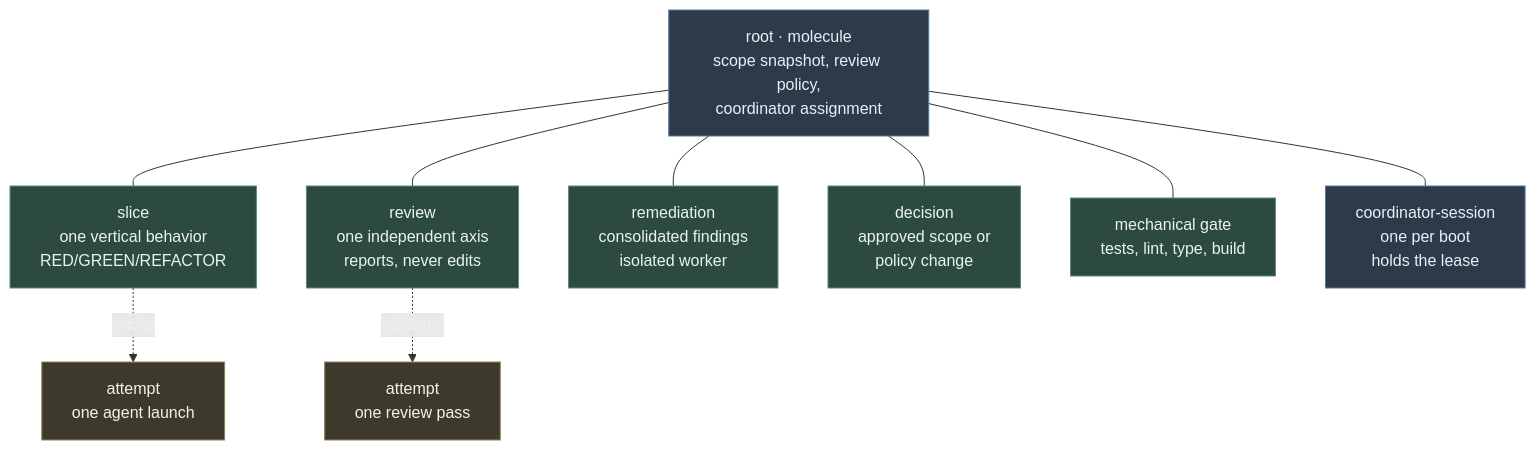
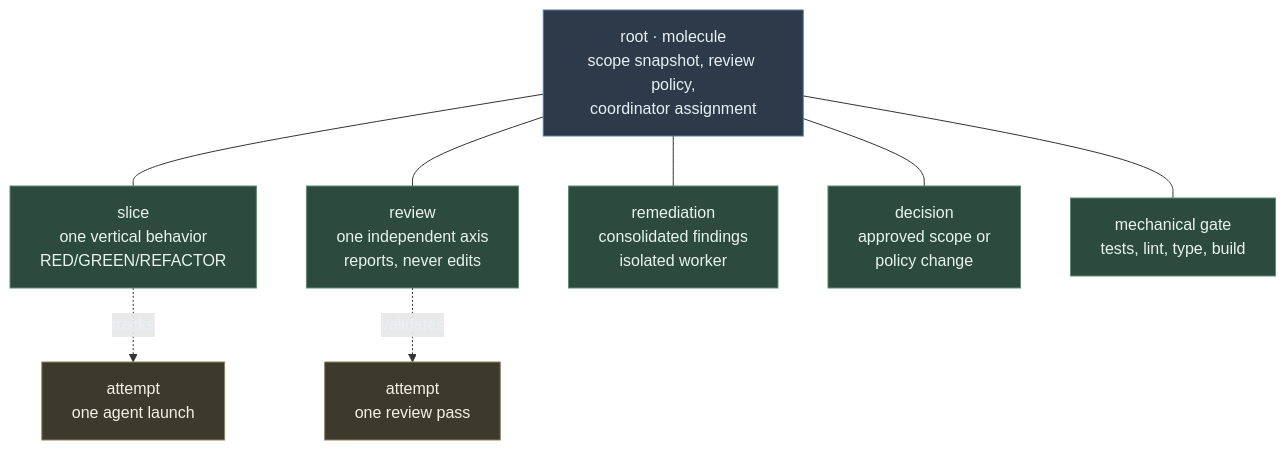
Before and after one commit to mtomcal/dotfiles: the first of 9 diagrams in shared/skills/create-engineering-plan/WORKFLOW-SHAPES.md, drawn with Mermaid. The commit also changed other lines of this file and 18 other files, not shown here.

````diff
--- a/shared/skills/create-engineering-plan/WORKFLOW-SHAPES.md
+++ b/shared/skills/create-engineering-plan/WORKFLOW-SHAPES.md
@@ -14,21 +14,19 @@
 ```mermaid
 graph TD
     ROOT["root · molecule<br/>scope snapshot, review policy,<br/>coordinator assignment"]
 
     ROOT --- S["slice<br/>one vertical behavior<br/>RED/GREEN/REFACTOR"]
     ROOT --- RV["review<br/>one independent axis<br/>reports, never edits"]
     ROOT --- RM["remediation<br/>consolidated findings<br/>isolated worker"]
     ROOT --- D["decision<br/>approved scope or<br/>policy change"]
     ROOT --- MG["mechanical gate<br/>tests, lint, type, build"]
-    ROOT --- CS["coordinator-session<br/>one per boot<br/>holds the lease"]
-
     S -.tracks.-> A1["attempt<br/>one agent launch"]
     RV -.validates.-> A2["attempt<br/>one review pass"]
 
     classDef work fill:#2d4a3e,stroke:#5a8f73,color:#e8f5ee
     classDef op fill:#3d3a2d,stroke:#8f8259,color:#f5f0e8
     classDef root fill:#2d3a4a,stroke:#5a7a9f,color:#e8f0f5
-    class ROOT,CS root
+    class ROOT root
     class S,RV,RM,D,MG work
     class A1,A2 op
 ```
````
